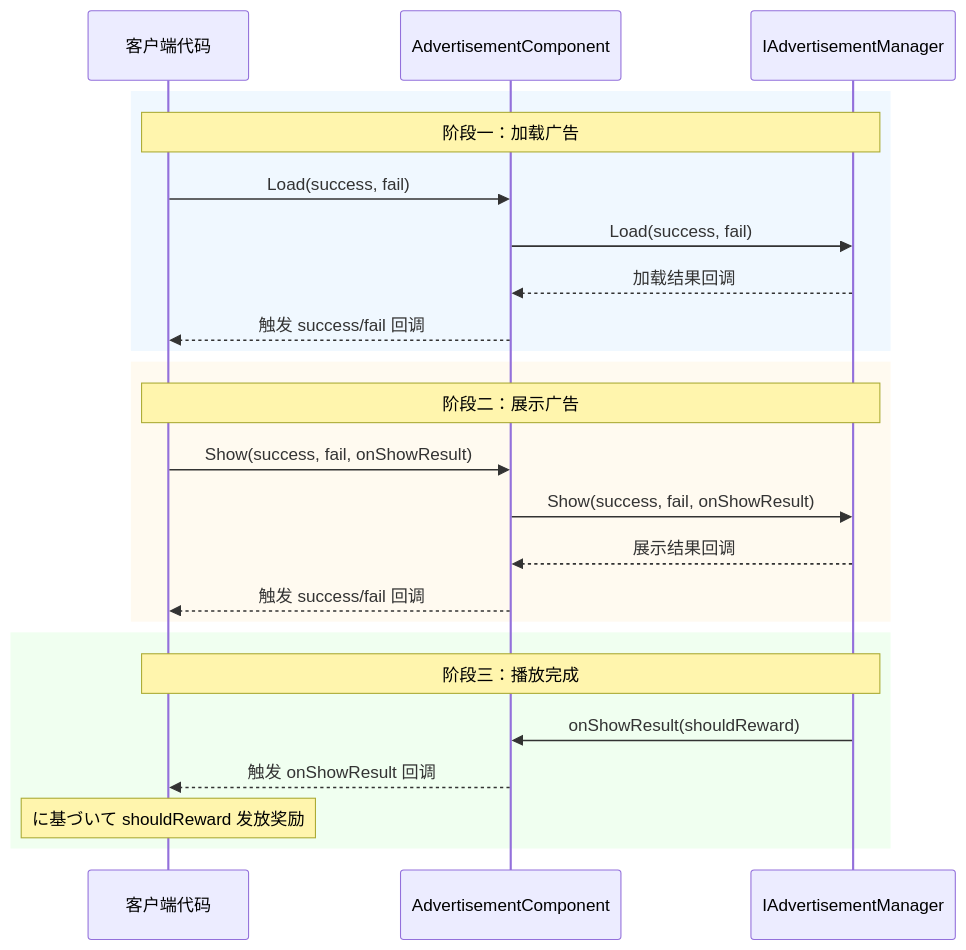
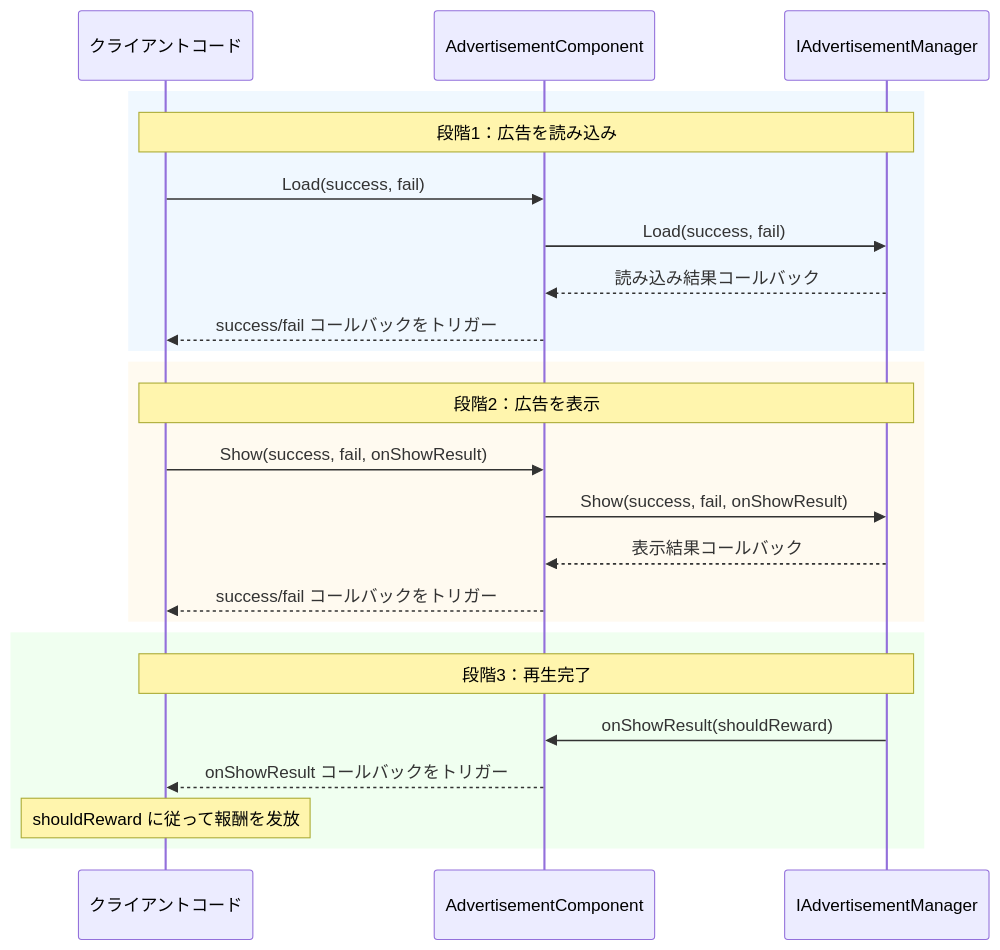
The second of 2 diagrams in docs/ja/client/unity/component/advertisement/06.api-reference.md (AlianBlank/GameFrameX.Docs), drawn with Mermaid before and after one commit. The commit also changed other lines of this file and 320 other files, not shown here.

````diff
--- a/docs/ja/client/unity/component/advertisement/06.api-reference.md
+++ b/docs/ja/client/unity/component/advertisement/06.api-reference.md
@@ -286,29 +286,29 @@
 ```mermaid
 sequenceDiagram
-    participant Client as 客户端代码
+    participant Client as クライアントコード
     participant Component as AdvertisementComponent
     participant Manager as IAdvertisementManager
-    
+
     rect rgb(240, 248, 255)
-        Note over Client,Manager: 阶段一：加载广告
+        Note over Client,Manager: 段階1：広告を読み込み
         Client->>Component: Load(success, fail)
         Component->>Manager: Load(success, fail)
-        Manager-->>Component: 加载结果回调
-        Component-->>Client: 触发 success/fail 回调
+        Manager-->>Component: 読み込み結果コールバック
+        Component-->>Client: success/fail コールバックをトリガー
     end
-    
+
     rect rgb(255, 250, 240)
-        Note over Client,Manager: 阶段二：展示广告
+        Note over Client,Manager: 段階2：広告を表示
         Client->>Component: Show(success, fail, onShowResult)
         Component->>Manager: Show(success, fail, onShowResult)
-        Manager-->>Component: 展示结果回调
-        Component-->>Client: 触发 success/fail 回调
+        Manager-->>Component: 表示結果コールバック
+        Component-->>Client: success/fail コールバックをトリガー
     end
-    
+
     rect rgb(240, 255, 240)
-        Note over Client,Manager: 阶段三：播放完成
+        Note over Client,Manager: 段階3：再生完了
         Manager->>Component: onShowResult(shouldReward)
-        Component-->>Client: 触发 onShowResult 回调
-        Note over Client: に基づいて shouldReward 发放奖励
+        Component-->>Client: onShowResult コールバックをトリガー
+        Note over Client: shouldReward に従って報酬を发放
     end
 ```
````
